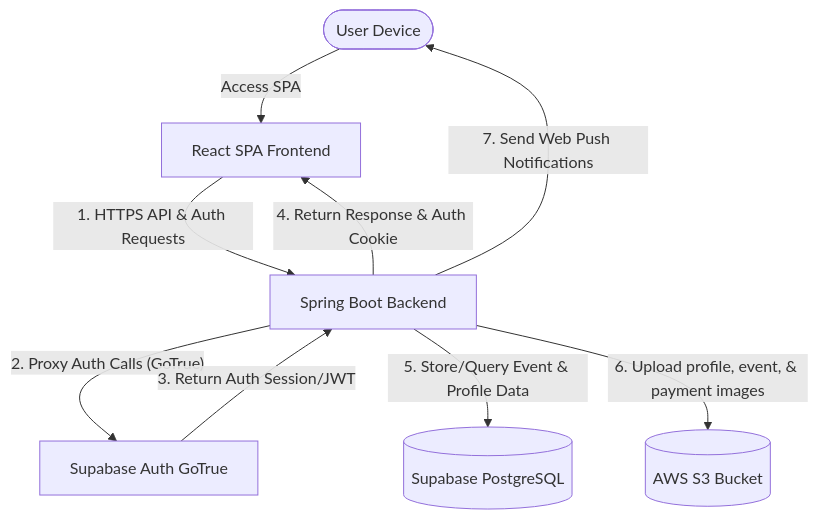
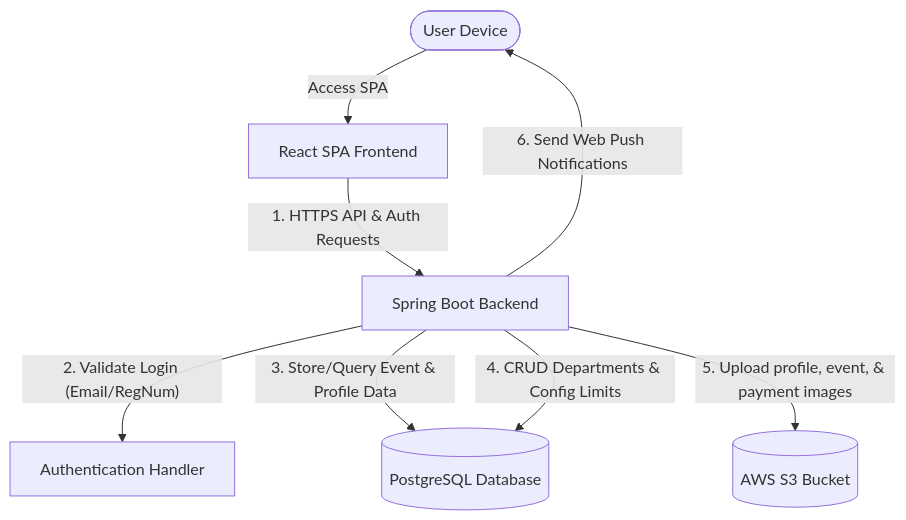
One commit to pec-developers/pec-events-app changed the first of 4 diagrams in docs/hld.md. Above: the diagram before and after it, drawn with Mermaid. The commit also changed other lines of this file and 95 other files, not shown here.

First line of the commit message:
feat: implement multi-role routing, dynamic limits, profile locks, and real API integration

````diff
--- a/docs/hld.md
+++ b/docs/hld.md
@@ -11,11 +11,10 @@
 ```mermaid
 graph TD
     User([User Device]) -->|"Access SPA"| Frontend[React SPA Frontend]
     Frontend -->|"1. HTTPS API & Auth Requests"| SpringBoot[Spring Boot Backend]
-    SpringBoot -->|"2. Proxy Auth Calls (GoTrue)"| SupabaseAuth[Supabase Auth GoTrue]
-    SupabaseAuth -->|"3. Return Auth Session/JWT"| SpringBoot
-    SpringBoot -->|"4. Return Response & Auth Cookie"| Frontend
-    SpringBoot -->|"5. Store/Query Event & Profile Data"| SupabaseDB[(Supabase PostgreSQL)]
-    SpringBoot -->|"6. Upload profile, event, & payment images"| S3[(AWS S3 Bucket)]
-    SpringBoot -->|"7. Send Web Push Notifications"| User
+    SpringBoot -->|"2. Validate Login (Email/RegNum)"| AuthLogic[Authentication Handler]
+    SpringBoot -->|"3. Store/Query Event & Profile Data"| SupabaseDB[(PostgreSQL Database)]
+    SpringBoot -->|"4. CRUD Departments & Config Limits"| SupabaseDB
+    SpringBoot -->|"5. Upload profile, event, & payment images"| S3[(AWS S3 Bucket)]
+    SpringBoot -->|"6. Send Web Push Notifications"| User
 ```
````
